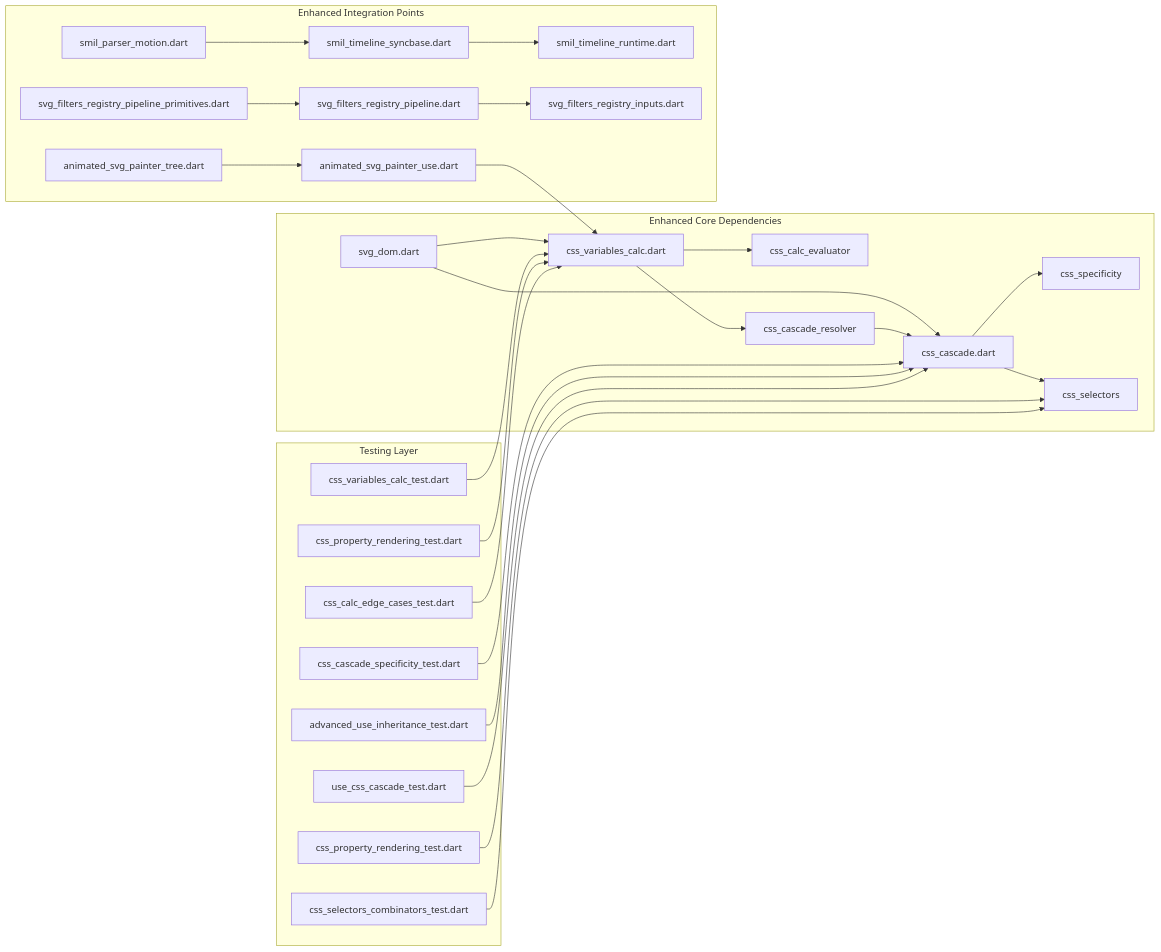
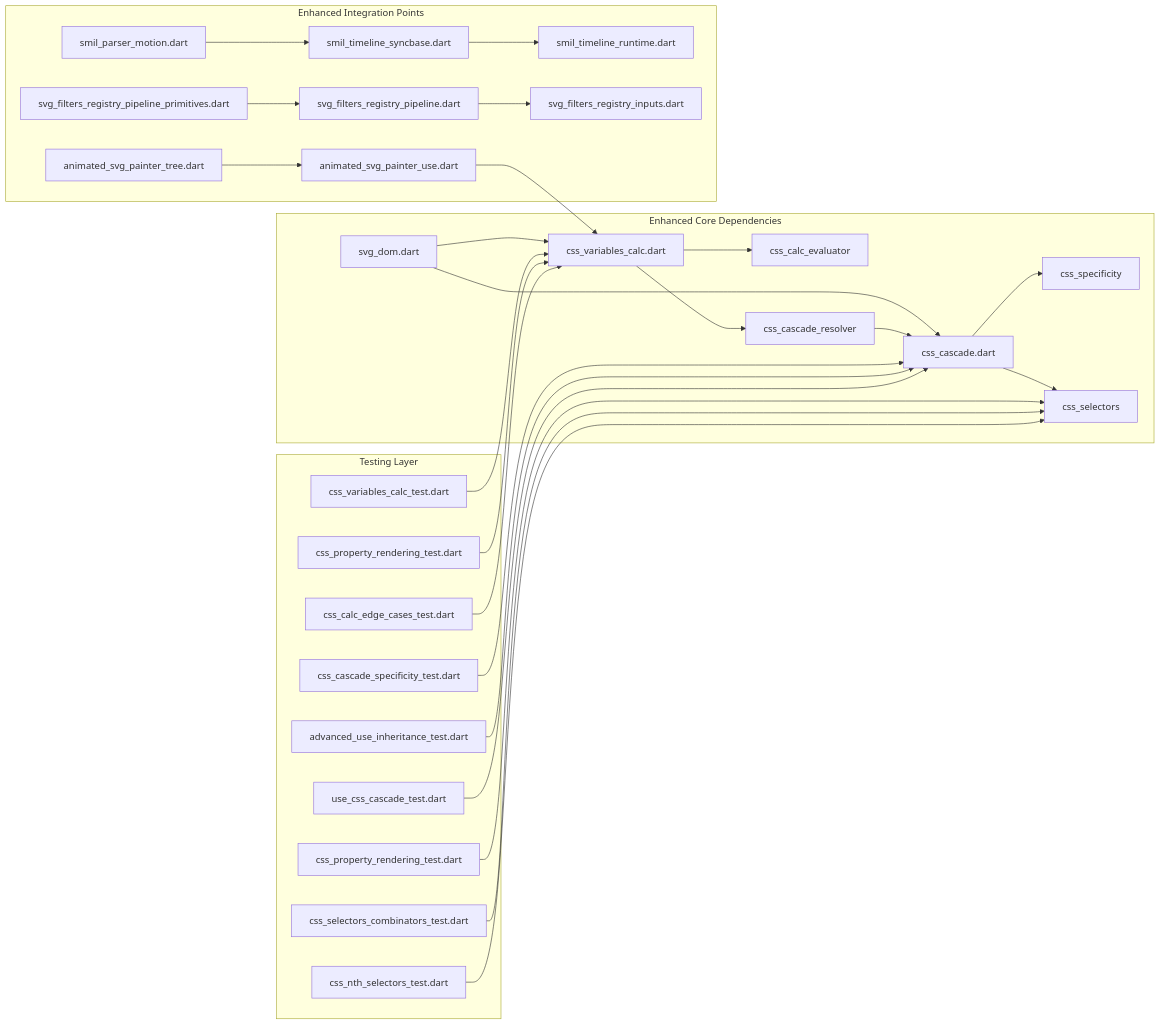
The tenth of 10 diagrams in .qoder/repowiki/en/content/Animated SVG Support/Advanced Animation Features/Enhanced CSS Variables and Calculations/Enhanced CSS Variables and Calculations.md (denisnadey/flutter_full_svg_support), drawn with Mermaid before and after one commit. The commit also changed other lines of this file and 25 other files, not shown here.

````diff
--- a/.qoder/repowiki/en/content/Animated SVG Support/Advanced Animation Features/Enhanced CSS Variables and Calculations/Enhanced CSS Variables and Calculations.md
+++ b/.qoder/repowiki/en/content/Animated SVG Support/Advanced Animation Features/Enhanced CSS Variables and Calculations/Enhanced CSS Variables and Calculations.md
@@ -750,30 +763,31 @@
 ```mermaid
 graph LR
 subgraph "Enhanced Core Dependencies"
 A["svg_dom.dart"] --> B["css_variables_calc.dart"]
 A --> C["css_cascade.dart"]
 B --> D["css_calc_evaluator"]
 C --> E["css_specificity"]
 C --> F["css_selectors"]
 B --> G["css_cascade_resolver"]
 G --> C
 end
 subgraph "Enhanced Integration Points"
 H["animated_svg_painter_use.dart"] --> B
 I["animated_svg_painter_tree.dart"] --> H
 J["smil_parser_motion.dart"] --> K["smil_timeline_syncbase.dart"]
 K --> L["smil_timeline_runtime.dart"]
 M["svg_filters_registry_pipeline_primitives.dart"] --> N["svg_filters_registry_pipeline.dart"]
 N --> O["svg_filters_registry_inputs.dart"]
 end
 subgraph "Testing Layer"
 P["css_variables_calc_test.dart"] --> B
 Q["css_property_rendering_test.dart"] --> B
 R["css_cascade_specificity_test.dart"] --> C
 S["css_property_rendering_test.dart"] --> F
 T["advanced_use_inheritance_test.dart"] --> C
 U["use_css_cascade_test.dart"] --> C
 V["css_selectors_combinators_test.dart"] --> F
 W["css_calc_edge_cases_test.dart"] --> B
+X["css_nth_selectors_test.dart"] --> F
 end
 ```
````
